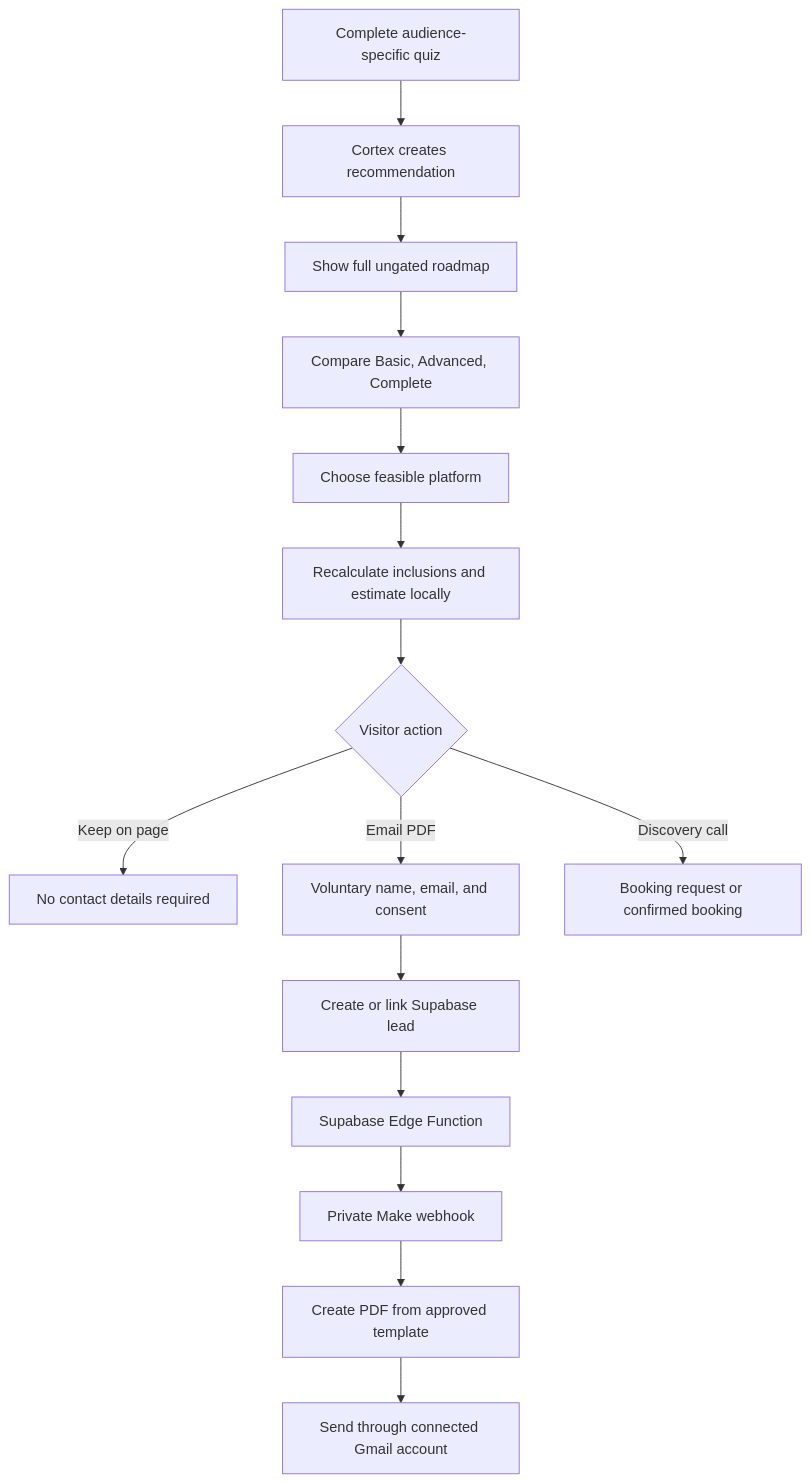
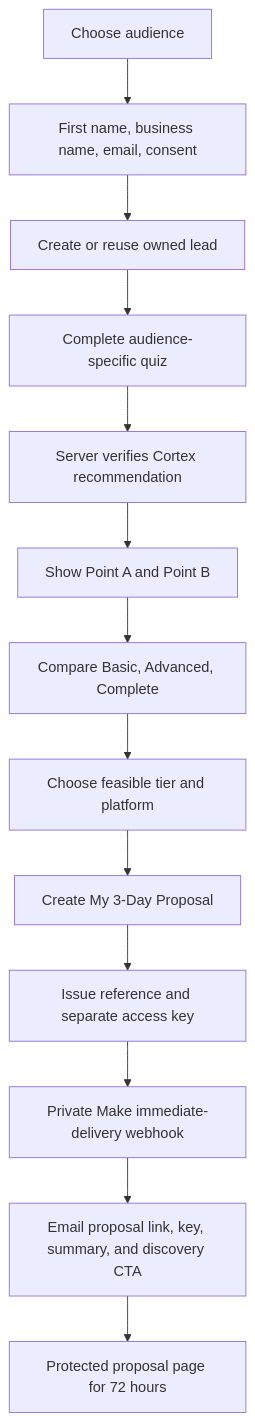
One commit to dmptelysha/elysha-works-portfolio-service-professionals changed the second of 3 diagrams in docs/portfolio-blueprint.md. Above: the diagram before and after it, drawn with Mermaid. The commit also changed other lines of this file and 4 other files, not shown here.

Commit message:
docs: adopt expiring client proposal flow

````diff
--- a/docs/portfolio-blueprint.md
+++ b/docs/portfolio-blueprint.md
@@ -493,17 +496,15 @@
 ```mermaid
 flowchart TD
-    A[Complete audience-specific quiz] --> B[Cortex creates recommendation]
-    B --> C[Show full ungated roadmap]
-    C --> D[Compare Basic, Advanced, Complete]
-    D --> E[Choose feasible platform]
-    E --> F[Recalculate inclusions and estimate locally]
-    F --> G{Visitor action}
-    G -->|Keep on page| H[No contact details required]
-    G -->|Email PDF| I[Voluntary name, email, and consent]
-    G -->|Discovery call| J[Booking request or confirmed booking]
-    I --> K[Create or link Supabase lead]
-    K --> L[Supabase Edge Function]
-    L --> M[Private Make webhook]
-    M --> N[Create PDF from approved template]
-    N --> O[Send through connected Gmail account]
+    A[Choose audience] --> B[First name, business name, email, consent]
+    B --> C[Create or reuse owned lead]
+    C --> D[Complete audience-specific quiz]
+    D --> E[Server verifies Cortex recommendation]
+    E --> F[Show Point A and Point B]
+    F --> G[Compare Basic, Advanced, Complete]
+    G --> H[Choose feasible tier and platform]
+    H --> I[Create My 3-Day Proposal]
+    I --> J[Issue reference and separate access key]
+    J --> K[Private Make immediate-delivery webhook]
+    K --> L[Email proposal link, key, summary, and discovery CTA]
+    L --> M[Protected proposal page for 72 hours]
 ```
````
